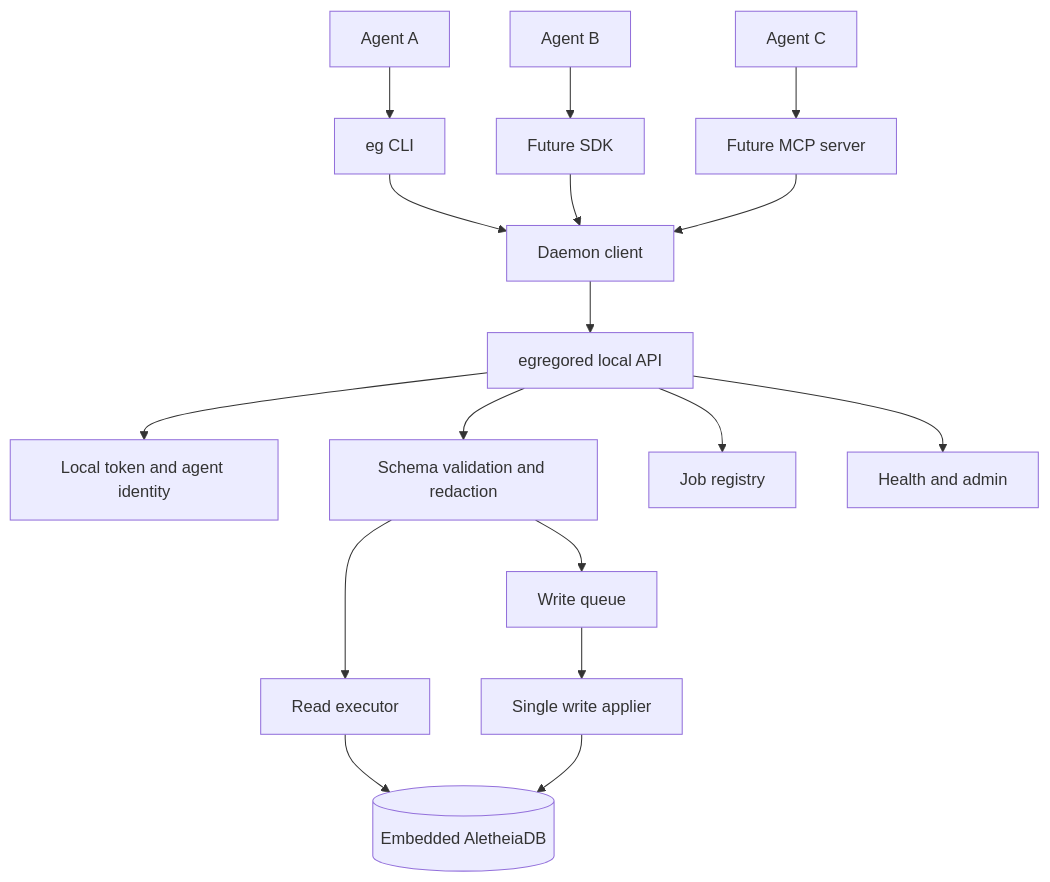
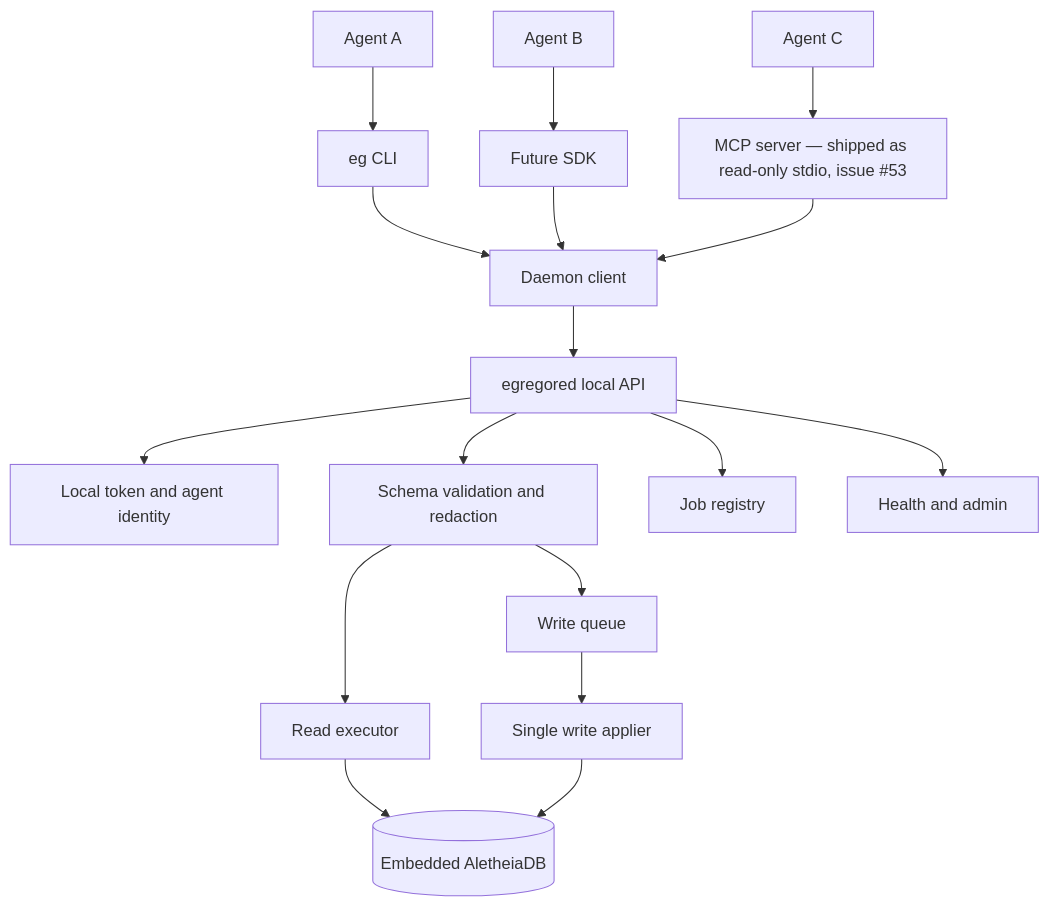
One commit to autumn-foundation/egregore changed the diagram in docs/plans/2026-05-17-egregore-daemon-design.md. Above: the diagram before and after it, drawn with Mermaid. The commit also changed other lines of this file and 543 other files, not shown here.

````diff
--- a/docs/plans/2026-05-17-egregore-daemon-design.md
+++ b/docs/plans/2026-05-17-egregore-daemon-design.md
@@ -53,23 +60,23 @@
 ```mermaid
 flowchart TB
     AgentA[Agent A] --> CLI[eg CLI]
     AgentB[Agent B] --> SDK[Future SDK]
-    AgentC[Agent C] --> MCP[Future MCP server]
+    AgentC[Agent C] --> MCP[MCP server — shipped as read-only stdio, issue #53]
 
     CLI --> Client[Daemon client]
     SDK --> Client
     MCP --> Client
 
     Client --> API[egregored local API]
     API --> Auth[Local token and agent identity]
     API --> Validate[Schema validation and redaction]
     Validate --> Reads[Read executor]
     Validate --> Writes[Write queue]
 
     Reads --> DB[(Embedded AletheiaDB)]
     Writes --> Applier[Single write applier]
     Applier --> DB
 
     API --> Jobs[Job registry]
     API --> Health[Health and admin]
 ```
````
